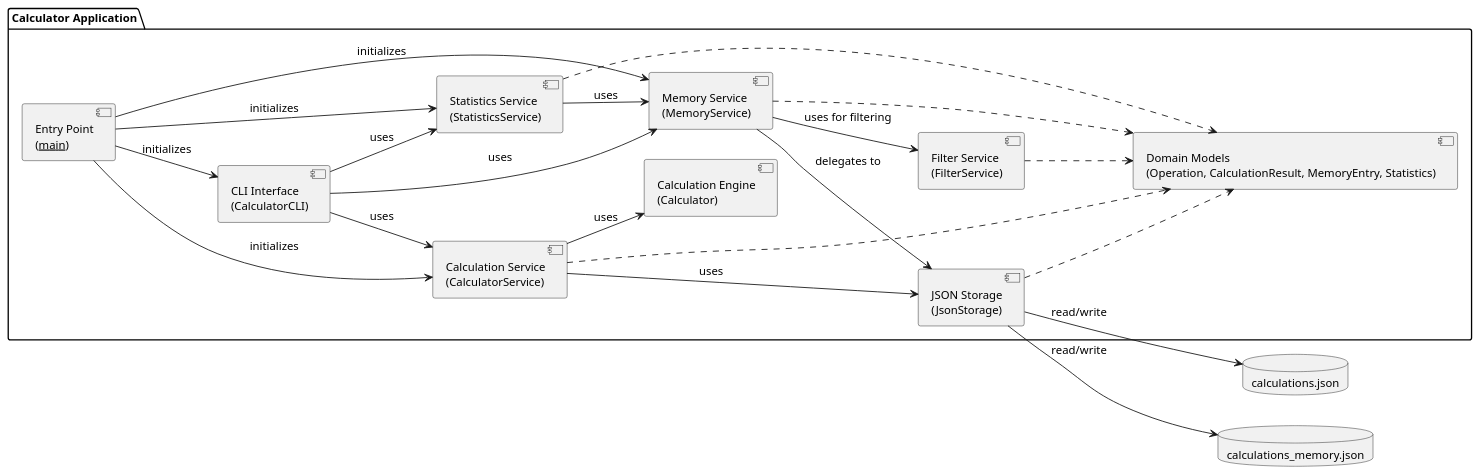
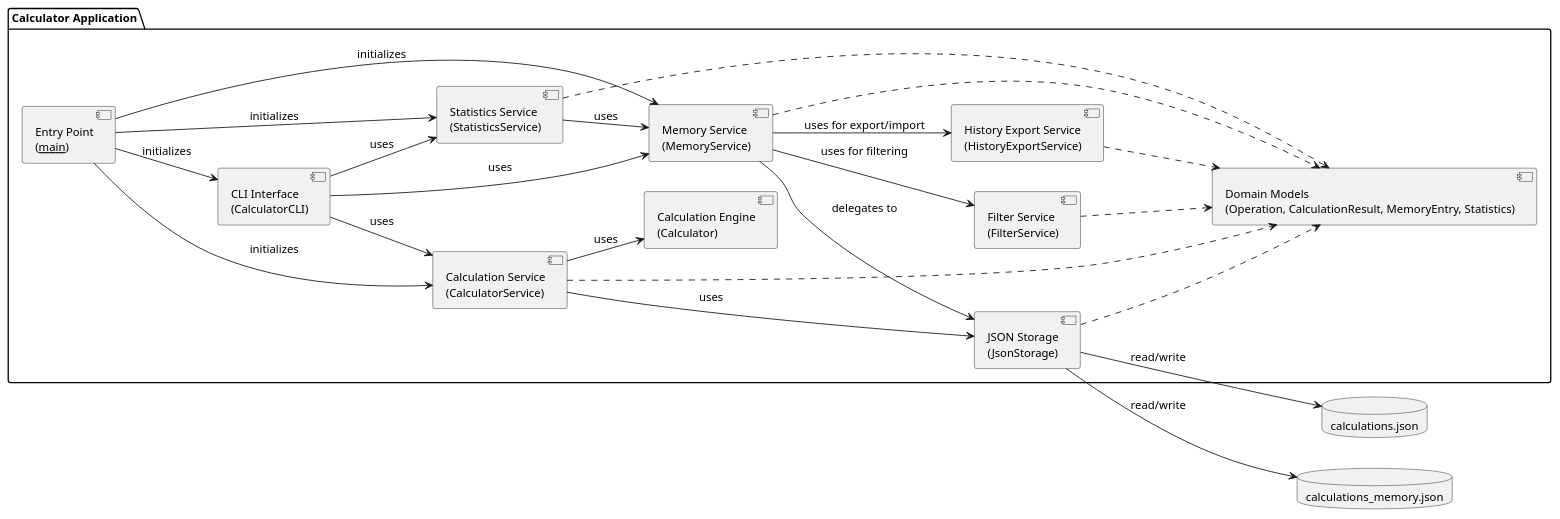
One commit to DanielRiha8906/Software_autoevolution_using_agents changed the diagram in experiments/broadcast/user_stories/calculator/artifacts/component_diagram.puml. Above: the diagram before and after it, drawn with PlantUML. The commit also changed 15 other files, not shown here.

```diff
--- a/experiments/broadcast/user_stories/calculator/artifacts/component_diagram.puml
+++ b/experiments/broadcast/user_stories/calculator/artifacts/component_diagram.puml
@@ -1,46 +1,49 @@
 @startuml component_diagram
 
 skinparam componentStyle uml2
 skinparam defaultFontSize 13
 left to right direction
 
 package "Calculator Application" {
 
     component "Entry Point\n(__main__)" as Main
     component "CLI Interface\n(CalculatorCLI)" as CLI
     component "Calculation Service\n(CalculatorService)" as Service
     component "Memory Service\n(MemoryService)" as MemService
     component "Statistics Service\n(StatisticsService)" as StatSvc
     component "Filter Service\n(FilterService)" as FilterSvc
+    component "History Export Service\n(HistoryExportService)" as ExportSvc
     component "Calculation Engine\n(Calculator)" as Calc
     component "JSON Storage\n(JsonStorage)" as Store
     component "Domain Models\n(Operation, CalculationResult, MemoryEntry, Statistics)" as Models
 
     Main --> CLI : initializes
     Main --> Service : initializes
     Main --> MemService : initializes
     Main --> StatSvc : initializes
 
     CLI --> Service : uses
     CLI --> MemService : uses
     CLI --> StatSvc : uses
     Service --> Calc : uses
     Service --> Store : uses
     MemService --> Store : delegates to
     MemService --> FilterSvc : uses for filtering
+    MemService --> ExportSvc : uses for export/import
     StatSvc --> MemService : uses
 
     Service ..> Models
     MemService ..> Models
     FilterSvc ..> Models
+    ExportSvc ..> Models
     StatSvc ..> Models
     Store ..> Models
 }
 
 database "calculations.json" as DB
 database "calculations_memory.json" as MemDB
 
 Store --> DB : read/write
 Store --> MemDB : read/write
 
 @enduml
```
